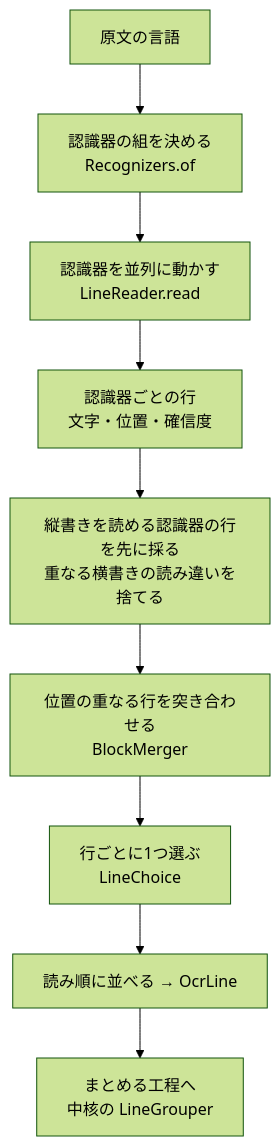
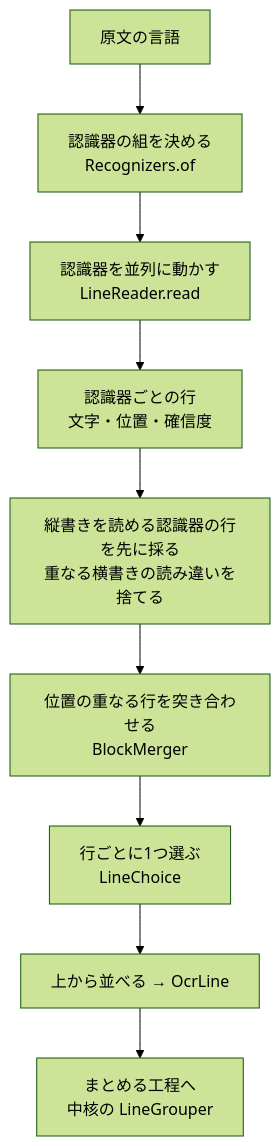
The third of 3 diagrams in docs/設計/画面翻訳.md (kagerouttepaso/PlamoTranslate), drawn with Mermaid (forest theme) before and after one commit. The commit also changed other lines of this file and 11 other files, not shown here.

````diff
--- a/docs/設計/画面翻訳.md
+++ b/docs/設計/画面翻訳.md
@@ -250,11 +250,11 @@
 ```mermaid
 flowchart TB
   L["原文の言語"] --> R["認識器の組を決める<br>Recognizers.of"]
   R --> P["認識器を並列に動かす<br>LineReader.read"]
   P --> C["認識器ごとの行<br>文字・位置・確信度"]
   C --> V["縦書きを読める認識器の行を先に採る<br>重なる横書きの読み違いを捨てる"]
   V --> G["位置の重なる行を突き合わせる<br>BlockMerger"]
   G --> S["行ごとに1つ選ぶ<br>LineChoice"]
-  S --> O["読み順に並べる → OcrLine"]
+  S --> O["上から並べる → OcrLine"]
   O --> K["まとめる工程へ<br>中核の LineGrouper"]
 ```
````
